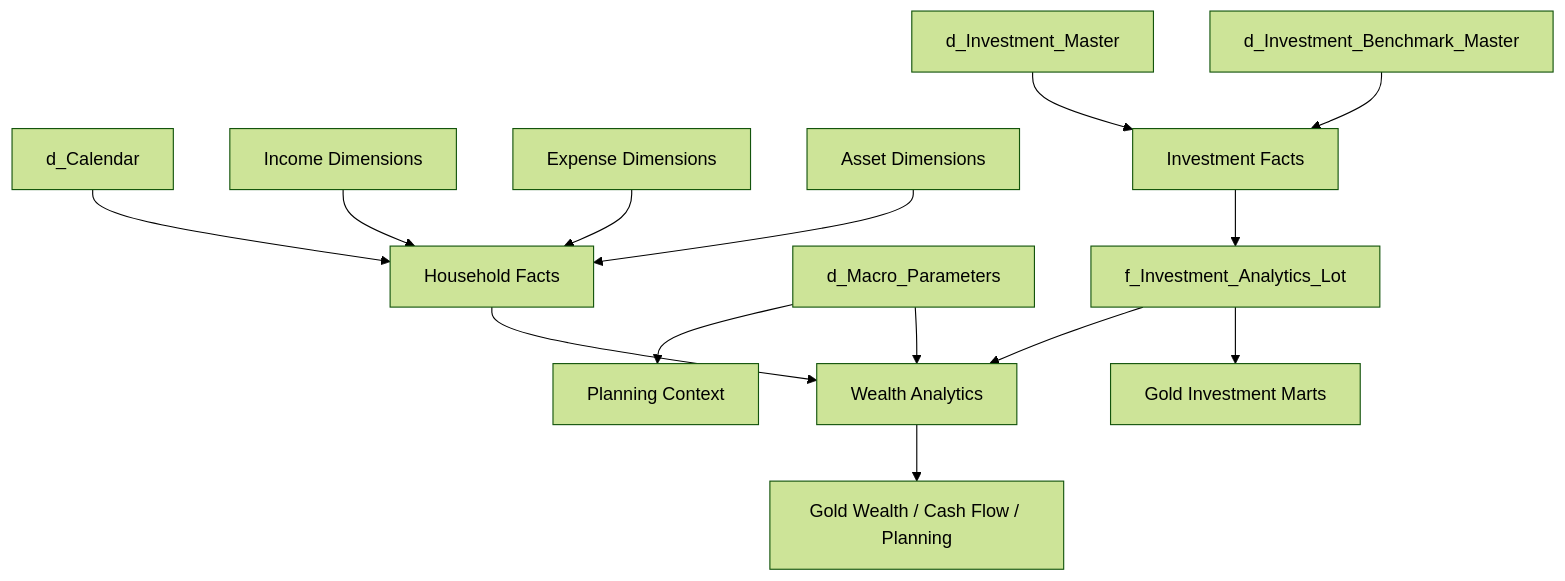
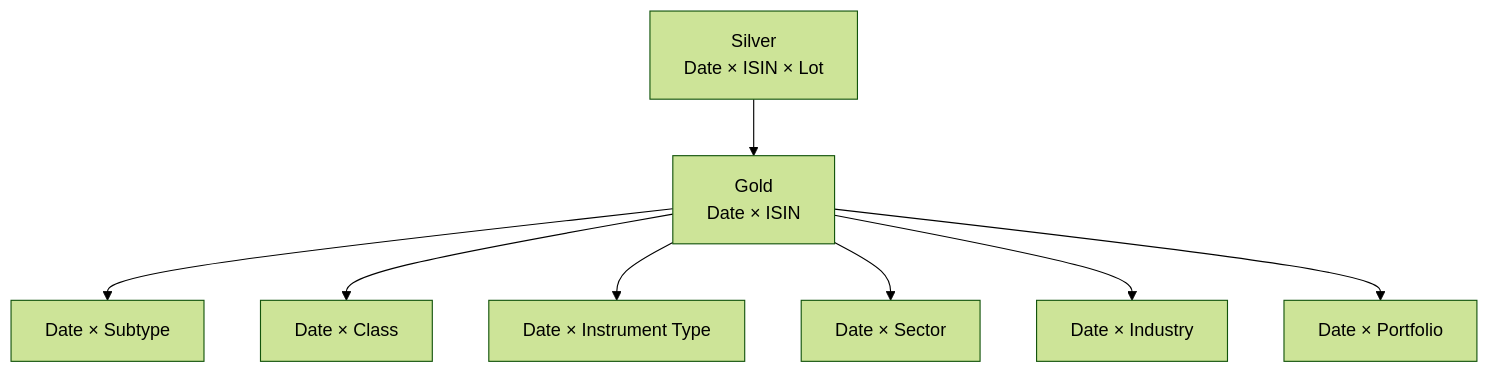
One commit to tks18/personal-finance-etl changed the second of 2 diagrams in docs/reference/silver-data-contracts.md. Above: the diagram before and after it, drawn with Mermaid (forest theme). The commit also changed other lines of this file and 3 other files, not shown here.

````diff
--- a/docs/reference/silver-data-contracts.md
+++ b/docs/reference/silver-data-contracts.md
@@ -662,19 +520,10 @@
 ```mermaid
 flowchart TB
-    CAL["d_Calendar"] --> HH["Household Facts"]
-    IC["Income Dimensions"] --> HH
-    EC["Expense Dimensions"] --> HH
-    AC["Asset Dimensions"] --> HH
-
-    IM["d_Investment_Master"] --> IF["Investment Facts"]
-    BM["d_Investment_Benchmark_Master"] --> IF
-    MP["d_Macro_Parameters"] --> PLAN["Planning Context"]
-
-    IF --> LOT["f_Investment_Analytics_Lot"]
-    HH --> WEALTH["Wealth Analytics"]
-    LOT --> WEALTH
-    MP --> WEALTH
-
-    LOT --> IG["Gold Investment Marts"]
-    WEALTH --> WG["Gold Wealth / Cash Flow / Planning"]
+    LOT["Silver<br/>Date × ISIN × Lot"] --> ISIN["Gold<br/>Date × ISIN"]
+    ISIN --> SUB["Date × Subtype"]
+    ISIN --> CLASS["Date × Class"]
+    ISIN --> TYPE["Date × Instrument Type"]
+    ISIN --> SEC["Date × Sector"]
+    ISIN --> IND["Date × Industry"]
+    ISIN --> PORT["Date × Portfolio"]
 ```
````
